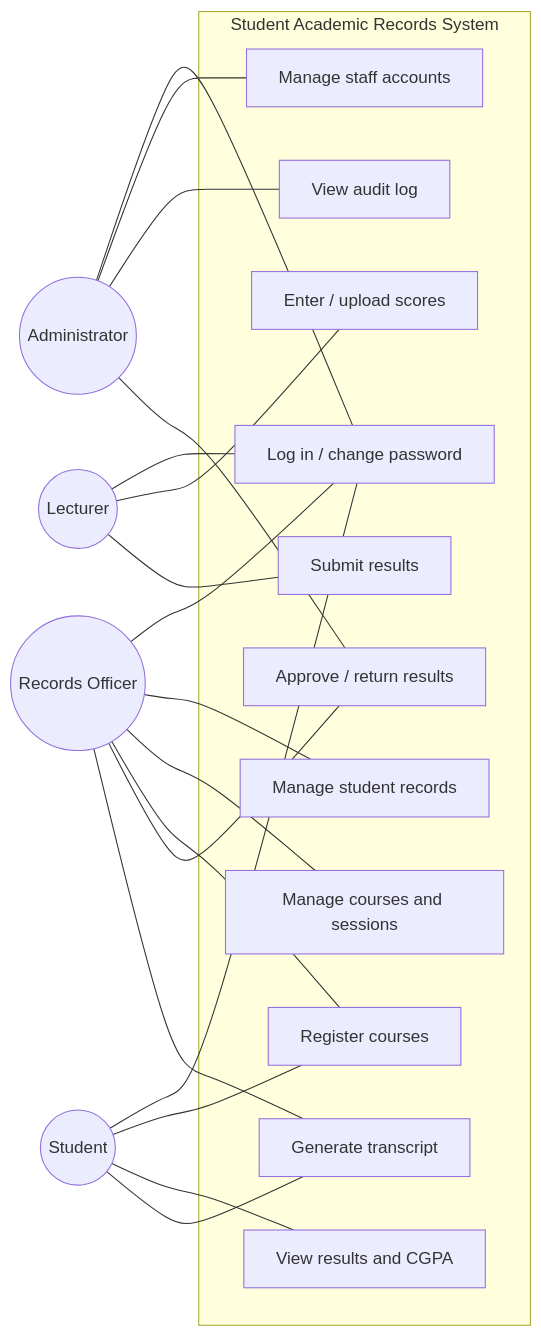
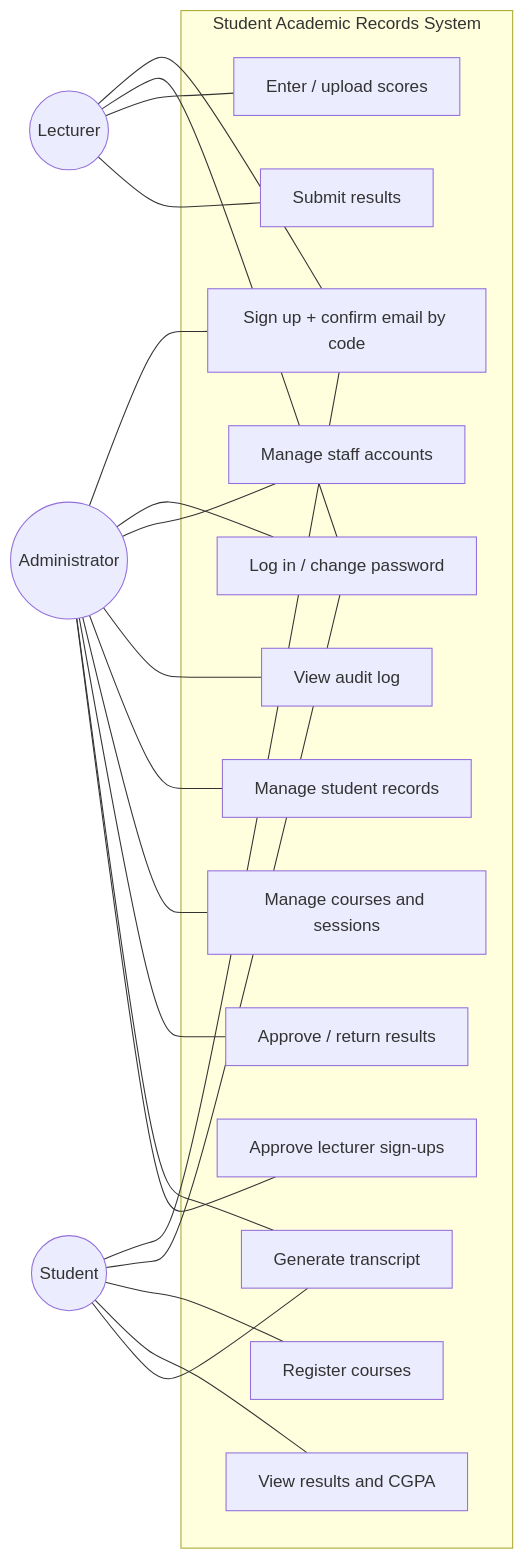
The third of 5 diagrams in docs/SYSTEM_DESIGN.md (cerdiqh/student-records-system), drawn with Mermaid before and after one commit. The commit also changed other lines of this file and 46 other files, not shown here.

First line of the commit message:
Add self sign-up with email verification and lecturer approval

````diff
--- a/docs/SYSTEM_DESIGN.md
+++ b/docs/SYSTEM_DESIGN.md
@@ -52,26 +69,26 @@
 ```mermaid
 flowchart LR
     Admin((Administrator))
-    Reg((Records Officer))
     Lec((Lecturer))
     Stu((Student))
 
     subgraph SARS [Student Academic Records System]
+      UC0[Sign up + confirm email by code]
       UC1[Log in / change password]
+      UC12[Approve lecturer sign-ups]
       UC2[Manage staff accounts]
       UC3[View audit log]
       UC4[Manage student records]
       UC5[Manage courses and sessions]
       UC6[Register courses]
       UC7[Enter / upload scores]
       UC8[Submit results]
       UC9[Approve / return results]
       UC10[View results and CGPA]
       UC11[Generate transcript]
     end
 
-    Admin --- UC1 & UC2 & UC3 & UC9
-    Reg --- UC1 & UC4 & UC5 & UC6 & UC9 & UC11
-    Lec --- UC1 & UC7 & UC8
-    Stu --- UC1 & UC6 & UC10 & UC11
+    Admin --- UC0 & UC1 & UC2 & UC3 & UC4 & UC5 & UC9 & UC11 & UC12
+    Lec --- UC0 & UC1 & UC7 & UC8
+    Stu --- UC0 & UC1 & UC6 & UC10 & UC11
 ```
````
